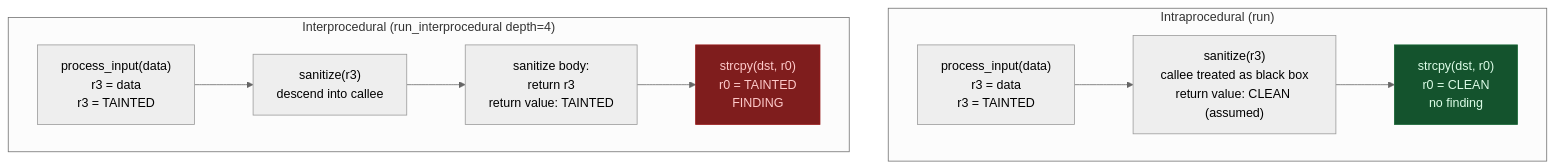
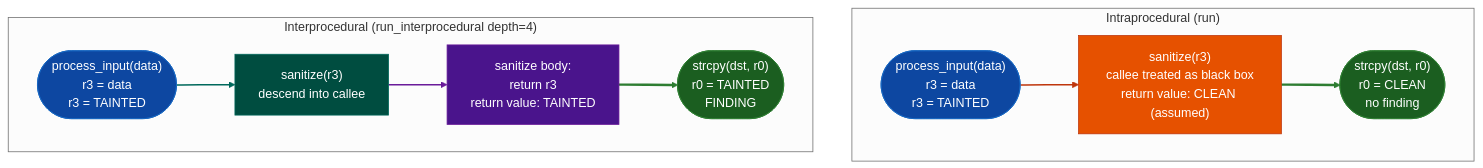
The eighth of 22 diagrams in docs/overview.md (Ablation-Tool/ablation), drawn with Mermaid (neutral theme) before and after one commit. The commit also changed other lines of this file and 320 other files, not shown here.

First line of the commit message:
docs: apply canonical Mermaid template to all 321 diagrams

````diff
--- a/docs/overview.md
+++ b/docs/overview.md
@@ -216,15 +274,23 @@
 ```mermaid
 flowchart TD
     subgraph "Intraprocedural (run)"
-        I1["process_input(data)\nr3 = data\nr3 = TAINTED"] --> I2["sanitize(r3)\ncallee treated as black box\nreturn value: CLEAN (assumed)"]
-        I2 --> I3["strcpy(dst, r0)\nr0 = CLEAN\nno finding"]
+    I1(["process_input(data)\nr3 = data\nr3 = TAINTED"]):::input --> I2["sanitize(r3)\ncallee treated as black box\nreturn value: CLEAN (assumed)"]:::primary
+    I2:::primary --> I3(["strcpy(dst, r0)\nr0 = CLEAN\nno finding"]):::output
     end
     subgraph "Interprocedural (run_interprocedural depth=4)"
-        P1["process_input(data)\nr3 = data\nr3 = TAINTED"] --> P2["sanitize(r3)\ndescend into callee"]
-        P2 --> P3["sanitize body:\nreturn r3\nreturn value: TAINTED"]
-        P3 --> P4["strcpy(dst, r0)\nr0 = TAINTED\nFINDING"]
+    P1(["process_input(data)\nr3 = data\nr3 = TAINTED"]):::input --> P2["sanitize(r3)\ndescend into callee"]:::secondary
+    P2:::secondary --> P3["sanitize body:\nreturn r3\nreturn value: TAINTED"]:::tertiary
+    P3:::tertiary --> P4(["strcpy(dst, r0)\nr0 = TAINTED\nFINDING"]):::output
     end
-
-    style I3 fill:#14532d,stroke:#166534,color:#dcfce7
-    style P4 fill:#7f1d1d,stroke:#991b1b,color:#fecaca
+    classDef input     fill:#0d47a1,stroke:#1565c0,color:#fff
+    classDef primary   fill:#e65100,stroke:#bf360c,color:#fff
+    classDef secondary fill:#004d40,stroke:#00695c,color:#fff
+    classDef tertiary  fill:#4a148c,stroke:#6a1b9a,color:#fff
+    classDef neutral   fill:#37474f,stroke:#546e7a,color:#fff
+    classDef output    fill:#1b5e20,stroke:#2e7d32,color:#fff
+    linkStyle 0 stroke:#bf360c,stroke-width:2px
+    linkStyle 1 stroke:#2e7d32,stroke-width:3px
+    linkStyle 2 stroke:#00695c,stroke-width:2px
+    linkStyle 3 stroke:#6a1b9a,stroke-width:2px
+    linkStyle 4 stroke:#2e7d32,stroke-width:3px
 ```
````
